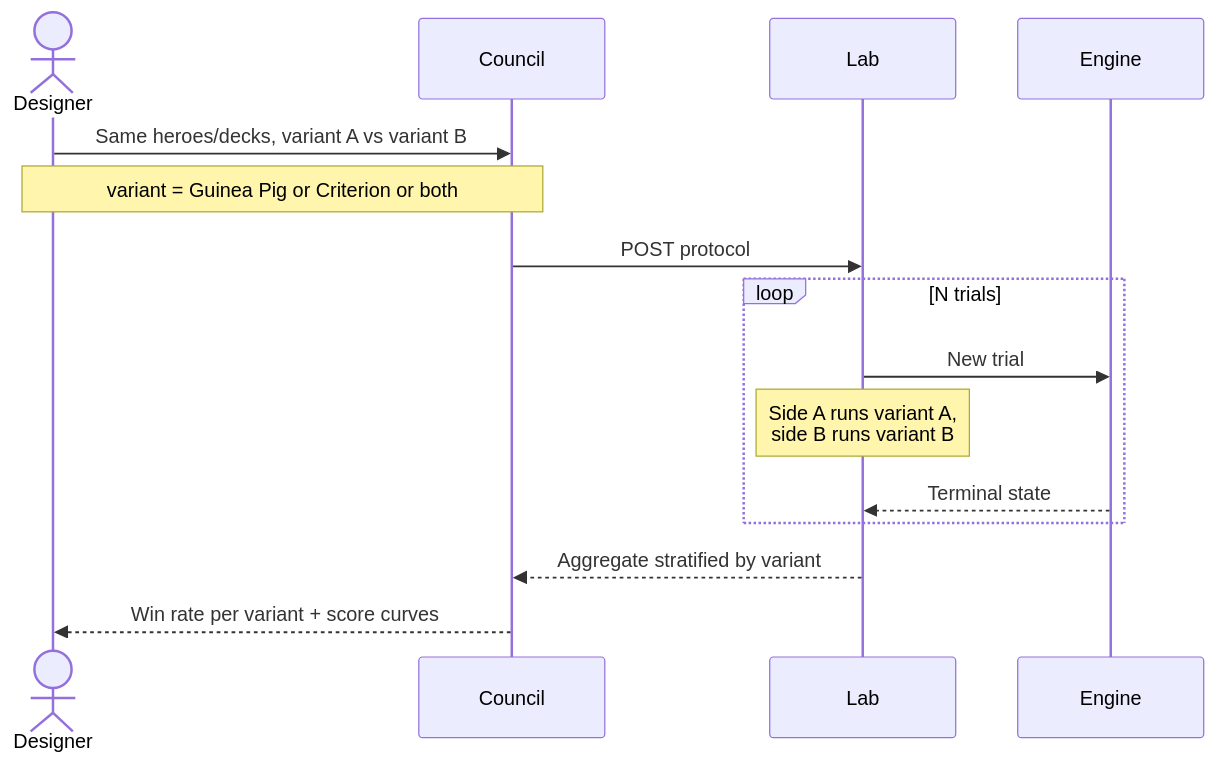
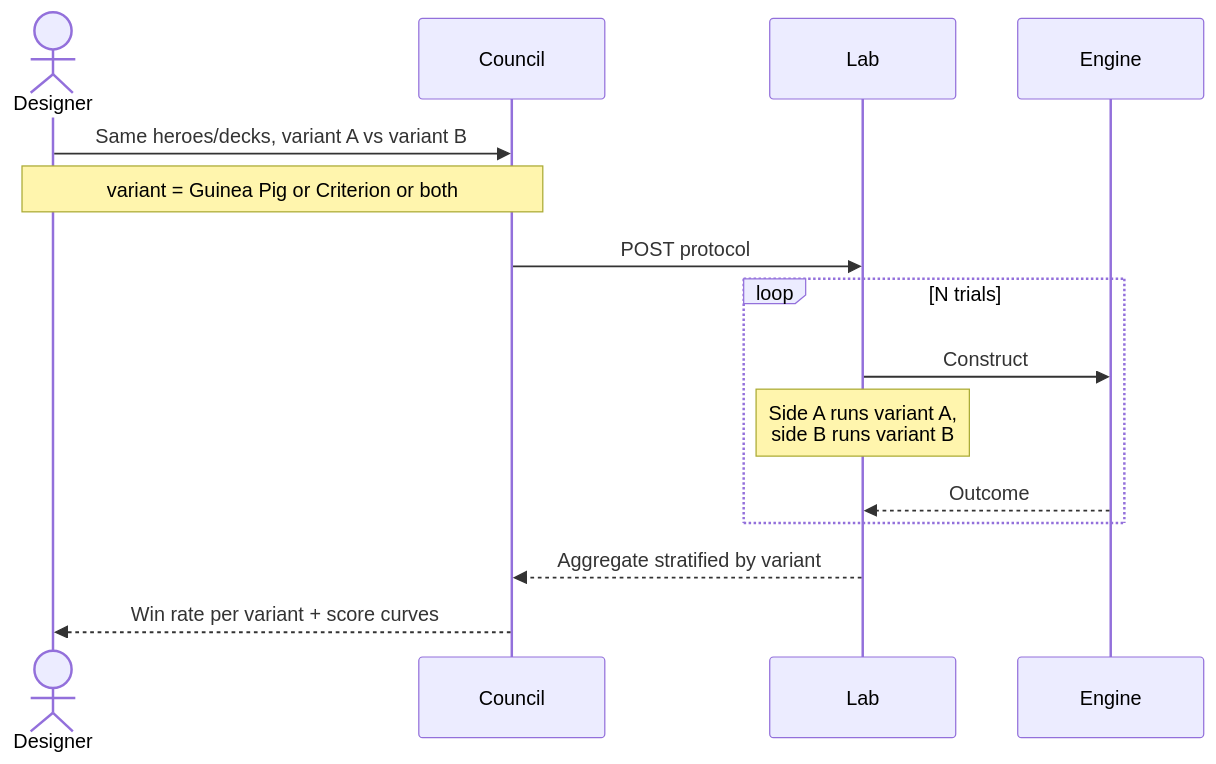
One commit to pslotinsky/decay-of-magic changed the fourth of 6 diagrams in docs/design/Design-009_lab-realm.md. Above: the diagram before and after it, drawn with Mermaid. The commit also changed other lines of this file and 7 other files, not shown here.

````diff
--- a/docs/design/Design-009_lab-realm.md
+++ b/docs/design/Design-009_lab-realm.md
@@ -111,18 +113,18 @@
 ```mermaid
 sequenceDiagram
     actor Designer
     participant Council
     participant Lab
     participant Engine
 
     Designer->>Council: Same heroes/decks, variant A vs variant B
     Note over Designer,Council: variant = Guinea Pig or Criterion or both
     Council->>Lab: POST protocol
     loop N trials
-        Lab->>Engine: New trial
+        Lab->>Engine: Construct
         Note over Lab: Side A runs variant A,<br/>side B runs variant B
-        Engine-->>Lab: Terminal state
+        Engine-->>Lab: Outcome
     end
     Lab-->>Council: Aggregate stratified by variant
     Council-->>Designer: Win rate per variant + score curves
 ```
````
